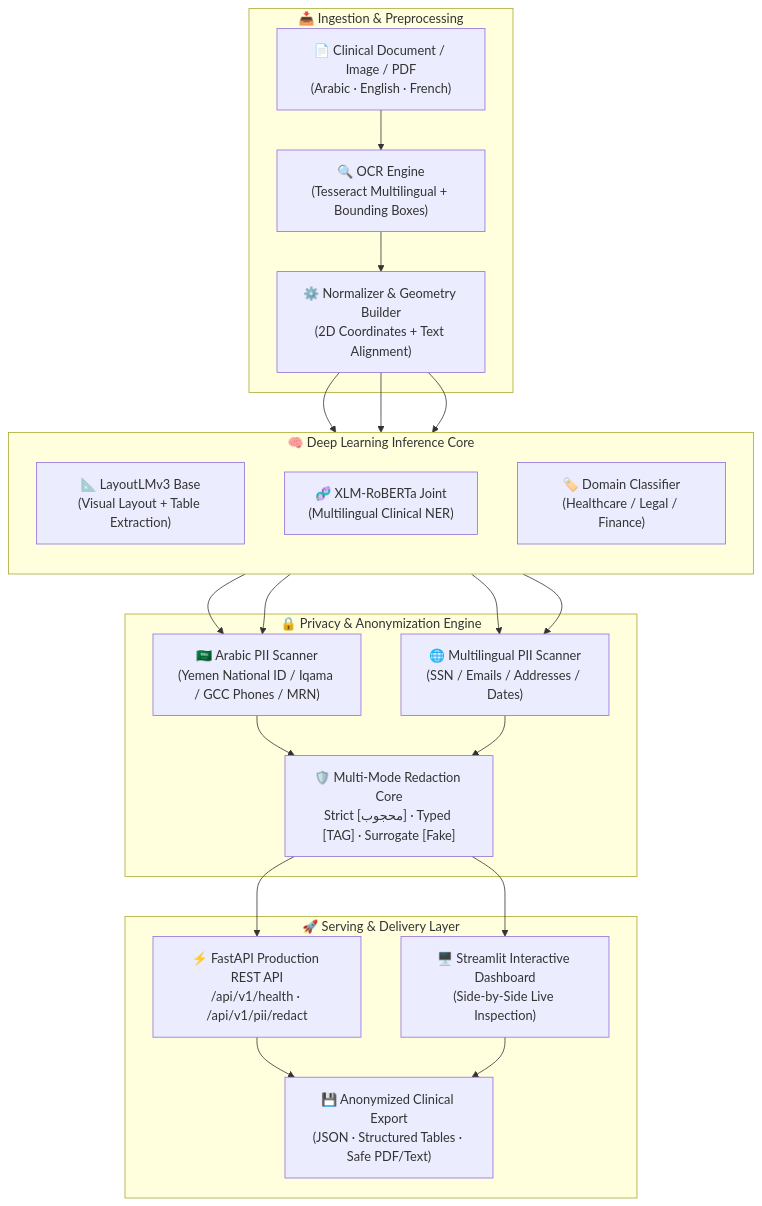
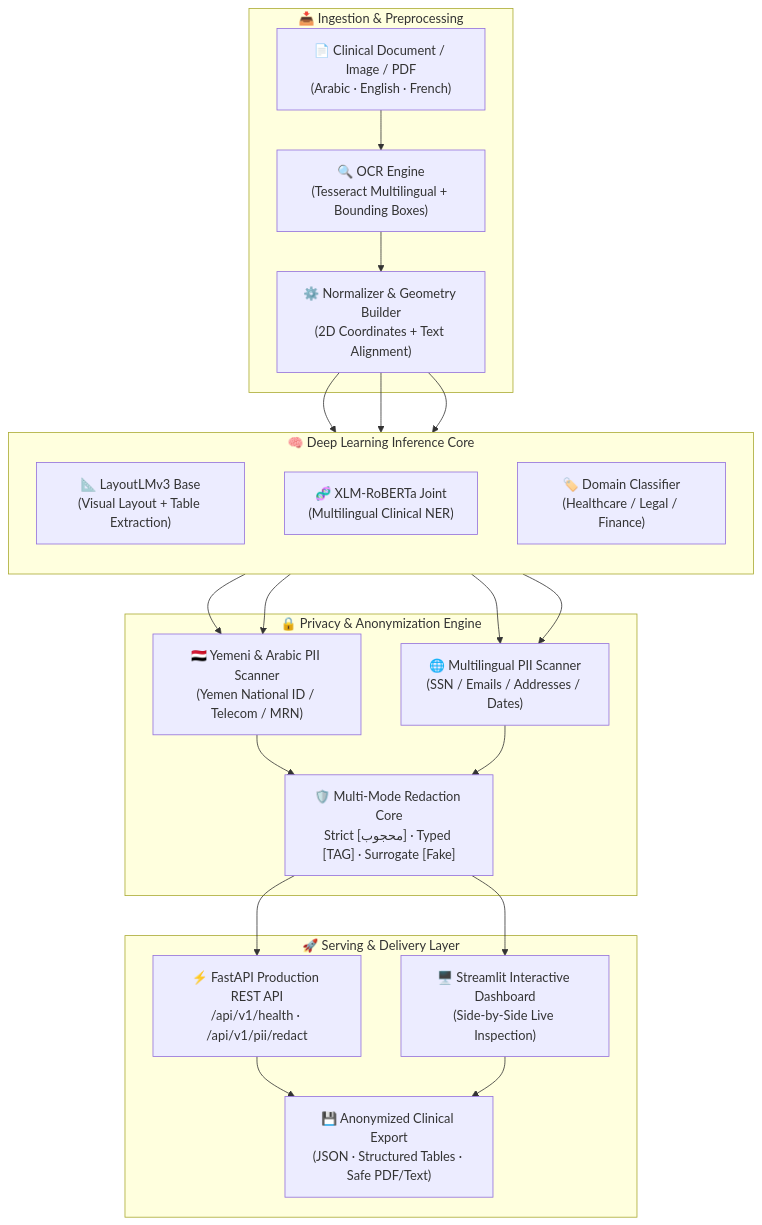
The diagram in README.md (alhaj-ai/DocuShield-AI), drawn with Mermaid before and after one commit.

Commit message:
fix(brand): prioritize pure Yemeni and Arabic identity in architecture diagram

````diff
--- a/README.md
+++ b/README.md
@@ -68,39 +68,39 @@
 ```mermaid
 flowchart TD
     subgraph Ingestion ["📥 Ingestion & Preprocessing"]
         DocIn["📄 Clinical Document / Image / PDF<br/>(Arabic · English · French)"]
         OCR["🔍 OCR Engine<br/>(Tesseract Multilingual + Bounding Boxes)"]
         PreProc["⚙️ Normalizer & Geometry Builder<br/>(2D Coordinates + Text Alignment)"]
         DocIn --> OCR --> PreProc
     end
 
     subgraph DeepLearning ["🧠 Deep Learning Inference Core"]
         direction TB
         M_Layout["📐 LayoutLMv3 Base<br/>(Visual Layout + Table Extraction)"]
         M_NER["🧬 XLM-RoBERTa Joint<br/>(Multilingual Clinical NER)"]
         M_Class["🏷️ Domain Classifier<br/>(Healthcare / Legal / Finance)"]
         
         PreProc --> M_Layout
         PreProc --> M_NER
         PreProc --> M_Class
     end
 
     subgraph PrivacyEngine ["🔒 Privacy & Anonymization Engine"]
-        PII_Ar["🇸🇦 Arabic PII Scanner<br/>(Yemen National ID / Iqama / GCC Phones / MRN)"]
+        PII_Ar["🇾🇪 Yemeni & Arabic PII Scanner<br/>(Yemen National ID / Telecom / MRN)"]
         PII_Multi["🌐 Multilingual PII Scanner<br/>(SSN / Emails / Addresses / Dates)"]
         Redactor["🛡️ Multi-Mode Redaction Core<br/>Strict [محجوب] · Typed [TAG] · Surrogate [Fake]"]
         
         M_Layout --> PII_Ar & PII_Multi
         M_NER --> PII_Ar & PII_Multi
         PII_Ar --> Redactor
         PII_Multi --> Redactor
     end
 
     subgraph ServingLayer ["🚀 Serving & Delivery Layer"]
         FastAPI_App["⚡ FastAPI Production REST API<br/>/api/v1/health · /api/v1/pii/redact"]
         Streamlit_UI["🖥️ Streamlit Interactive Dashboard<br/>(Side-by-Side Live Inspection)"]
         Export["💾 Anonymized Clinical Export<br/>(JSON · Structured Tables · Safe PDF/Text)"]
         
         Redactor --> FastAPI_App & Streamlit_UI --> Export
     end
 ```
````
